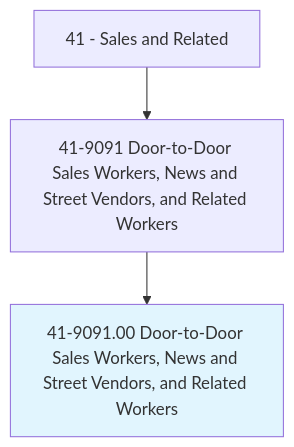
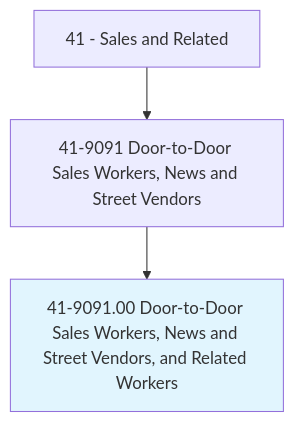
Before and after one commit to kziemski/business.org.ai: the first of 4 diagrams in occupations/Sales/DoorToDoorSalesWorkersNewsAndStreetVendorsAndRelatedWorkers.mdx, drawn with Mermaid. The commit also changed other lines of this file and 938 other files, not shown here.

````diff
--- a/occupations/Sales/DoorToDoorSalesWorkersNewsAndStreetVendorsAndRelatedWorkers.mdx
+++ b/occupations/Sales/DoorToDoorSalesWorkersNewsAndStreetVendorsAndRelatedWorkers.mdx
@@ -19,6 +23,6 @@
 ```mermaid
 graph TD
-    Cat41["41 - Sales and Related"] --> Group419091["41-9091 Door-to-Door Sales Workers, News and Street Vendors, and Related Workers"]
+    Cat41["41 - Sales and Related"] --> Group419091["41-9091 Door-to-Door Sales Workers, News and Street Vendors"]
     Group419091 --> Current["41-9091.00 Door-to-Door Sales Workers, News and Street Vendors, and Related Workers"]
     style Current fill:#e1f5fe
 ```
````
